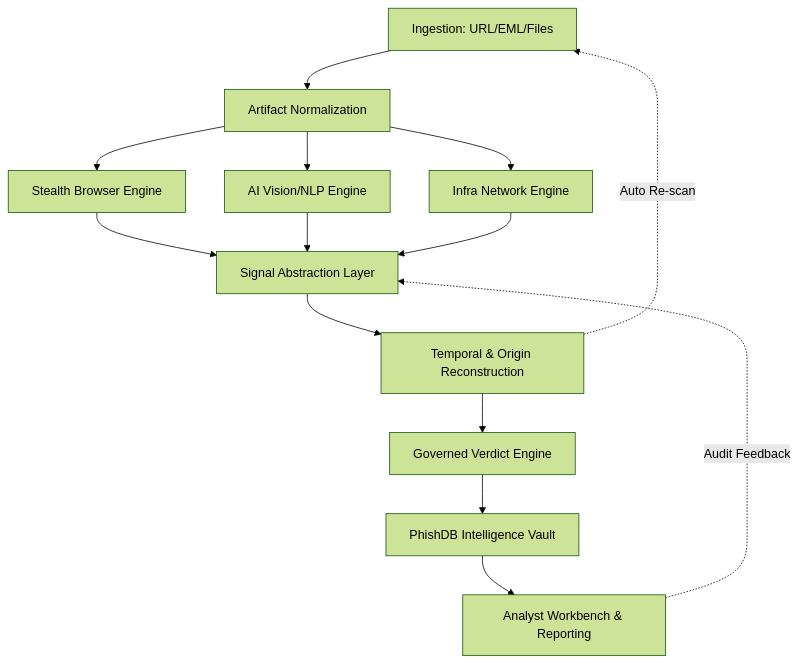
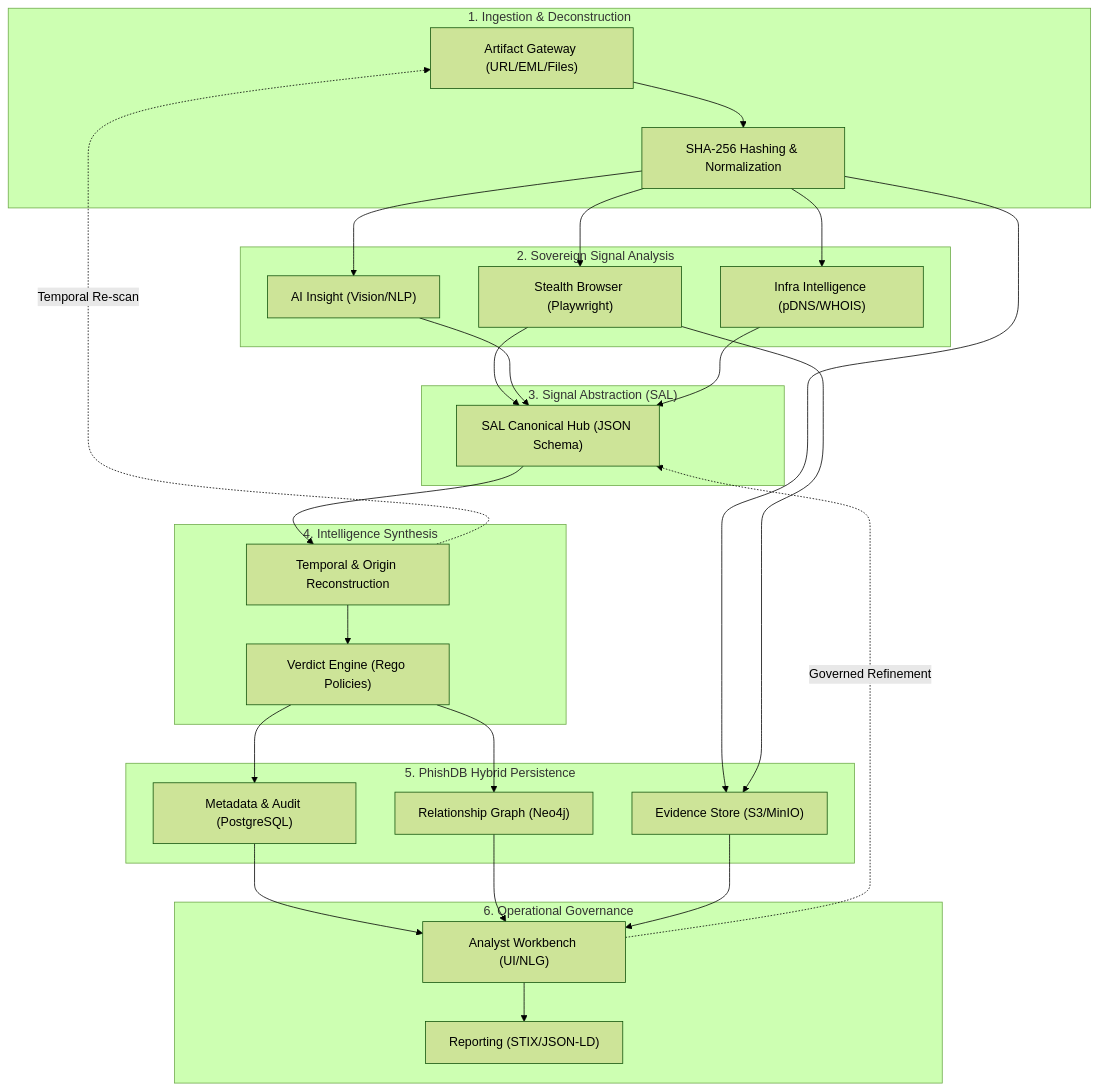
The diagram in newideas/PhishVault-2-TW.md (Tejaswini4119/PhishVault), drawn with Mermaid (forest theme) before and after one commit. The commit also changed other lines of this file, not shown here.

Commit message:
feat: Add PhishVault-2 technical workbook and system design specification.

````diff
--- a/newideas/PhishVault-2-TW.md
+++ b/newideas/PhishVault-2-TW.md
@@ -56,16 +56,36 @@
 ```mermaid
 graph TD
-    A[Ingestion: URL/EML/Files] --> B[Artifact Normalization]
-    B --> C1[Stealth Browser Engine]
-    B --> C2[AI Vision/NLP Engine]
-    B --> C3[Infra Network Engine]
-    C1 & C2 & C3 --> D[Signal Abstraction Layer]
-    D --> E[Temporal & Origin Reconstruction]
-    E --> F[Governed Verdict Engine]
-    F --> G[PhishDB Intelligence Vault]
-    G --> H[Analyst Workbench & Reporting]
-    
-    %% Recursive Loops
-    E -.->|Auto Re-scan| A
-    H -.->|Audit Feedback| D
+    subgraph "1. Ingestion & Deconstruction"
+        A["Artifact Gateway (URL/EML/Files)"] --> B["SHA-256 Hashing & Normalization"]
+    end
+
+    subgraph "2. Sovereign Signal Analysis"
+        B --> C1["Stealth Browser (Playwright)"]
+        B --> C2["AI Insight (Vision/NLP)"]
+        B --> C3["Infra Intelligence (pDNS/WHOIS)"]
+    end
+
+    subgraph "3. Signal Abstraction (SAL)"
+        C1 & C2 & C3 --> D["SAL Canonical Hub (JSON Schema)"]
+    end
+
+    subgraph "4. Intelligence Synthesis"
+        D --> E["Temporal & Origin Reconstruction"]
+        E --> F["Verdict Engine (Rego Policies)"]
+    end
+
+    subgraph "5. PhishDB Hybrid Persistence"
+        F --> G1["Metadata & Audit (PostgreSQL)"]
+        F --> G2["Relationship Graph (Neo4j)"]
+        B & C1 --> G3["Evidence Store (S3/MinIO)"]
+    end
+
+    subgraph "6. Operational Governance"
+        G1 & G2 & G3 --> H["Analyst Workbench (UI/NLG)"]
+        H --> I["Reporting (STIX/JSON-LD)"]
+    end
+
+    %% Closed-Loop Feedback
+    E -.->|Temporal Re-scan| A
+    H -.->|Governed Refinement| D
 ```
````
